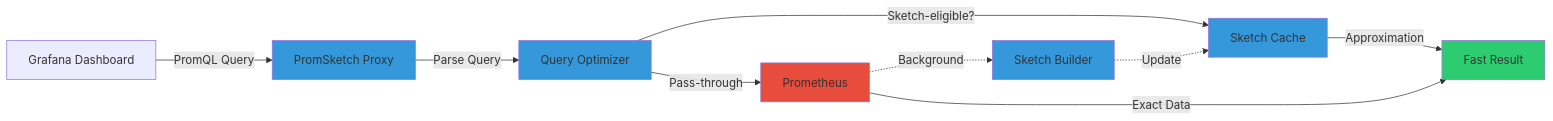
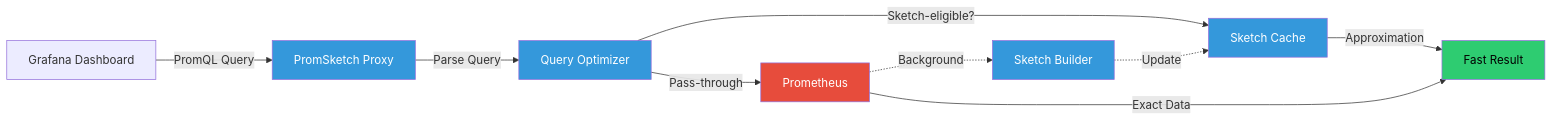
One commit to williamzujkowski/williamzujkowski.github.io changed the diagram in src/posts/2025-11-19-promsketch-prometheus-optimization.md. Above: the diagram before and after it, drawn with Mermaid. The commit also changed 40 other files, not shown here.

First line of the commit message:
fix(blog): add explicit text color to all mermaid classDef/style (#171)

````diff
--- a/src/posts/2025-11-19-promsketch-prometheus-optimization.md
+++ b/src/posts/2025-11-19-promsketch-prometheus-optimization.md
@@ -48,21 +48,21 @@
 ```mermaid
 flowchart LR
     Grafana[Grafana Dashboard] -->|PromQL Query| PromSketch[PromSketch Proxy]
     PromSketch -->|Parse Query| Optimizer[Query Optimizer]
     Optimizer -->|Sketch-eligible?| Cache[Sketch Cache]
     Optimizer -->|Pass-through| Prom[Prometheus]
 
     Cache -->|Approximation| Result[Fast Result]
     Prom -->|Exact Data| Result
 
     Prom -.->|Background| Sketcher[Sketch Builder]
     Sketcher -.->|Update| Cache
 
-    classDef fast fill:#2ecc71
-    classDef slow fill:#e74c3c
-    classDef optimize fill:#3498db
+    classDef fast fill:#2ecc71,color:#000
+    classDef slow fill:#e74c3c,color:#fff
+    classDef optimize fill:#3498db,color:#fff
 
     class PromSketch,Optimizer,Cache,Sketcher optimize
     class Result fast
     class Prom slow
 ```
````
